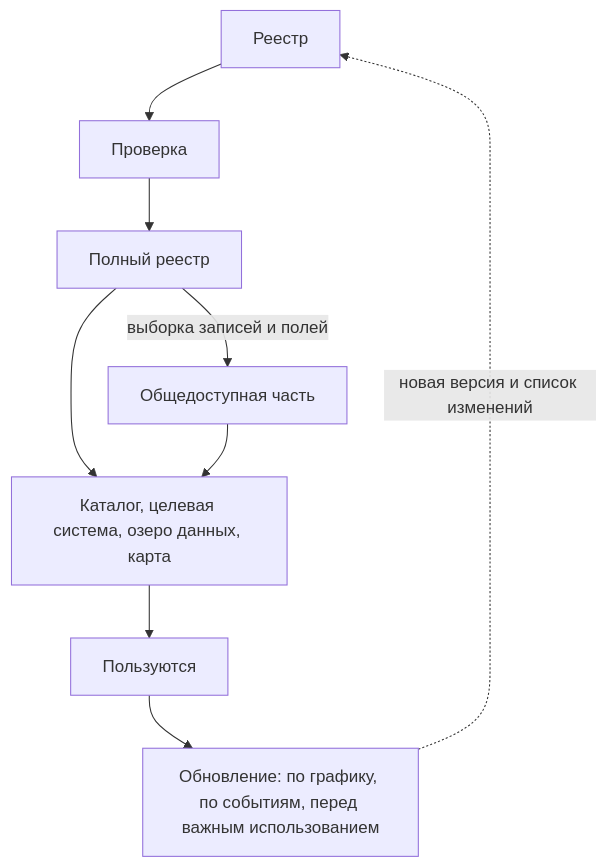
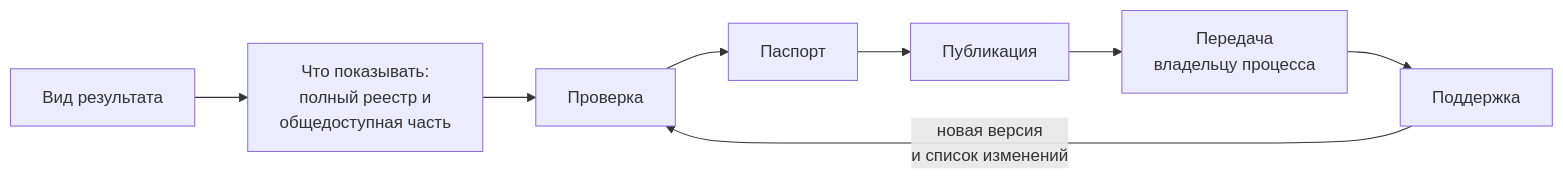
The first of 2 diagrams in docs/03-process/09-result-and-upkeep.md (ivbeg/data-inventory), drawn with Mermaid before and after one commit. The commit also changed other lines of this file and 54 other files, not shown here.

````diff
--- a/docs/03-process/09-result-and-upkeep.md
+++ b/docs/03-process/09-result-and-upkeep.md
@@ -21,11 +23,10 @@
 ```mermaid
-flowchart TB
-  R["Реестр"] --> C["Проверка"]
-  C --> F["Полный реестр"]
-  F -- выборка записей и полей --> P["Общедоступная часть"]
-  F --> U["Каталог, целевая система, озеро данных, карта"]
-  P --> U
-  U --> M["Пользуются"]
-  M --> K["Обновление: по графику, по событиям, перед важным использованием"]
-  K -. новая версия и список изменений .-> R
+flowchart LR
+  V["Вид результата"] --> S["Что показывать:<br/>полный реестр и<br/>общедоступная часть"]
+  S --> C["Проверка"]
+  C --> P["Паспорт"]
+  P --> O["Публикация"]
+  O --> H["Передача<br/>владельцу процесса"]
+  H --> U["Поддержка"]
+  U -- "новая версия<br/>и список изменений" --> C
 ```
````
